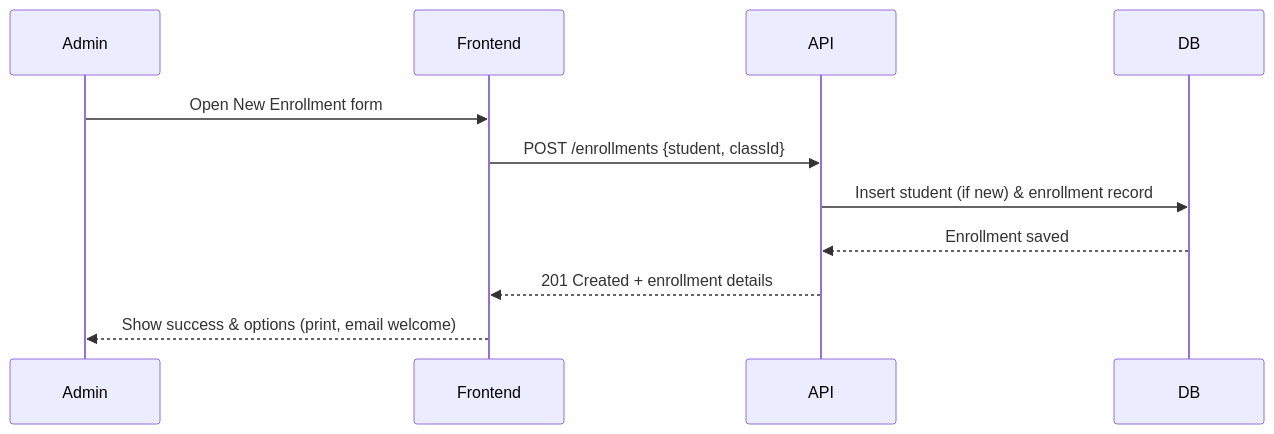
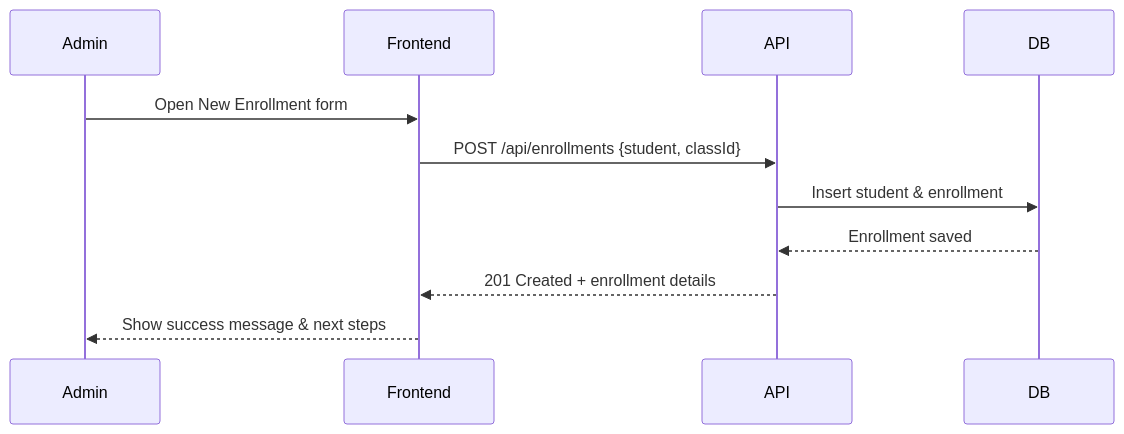
Before and after one commit to ashwanik0777/school-management: the third of 3 diagrams in README.md, drawn with Mermaid. The commit also changed other lines of this file, not shown here.

````diff
--- a/README.md
+++ b/README.md
@@ -212,13 +305,13 @@
 ```mermaid
 sequenceDiagram
   participant Admin
   participant Frontend
   participant API
   participant DB
   Admin->>Frontend: Open New Enrollment form
-  Frontend->>API: POST /enrollments {student, classId}
-  API->>DB: Insert student (if new) & enrollment record
+  Frontend->>API: POST /api/enrollments {student, classId}
+  API->>DB: Insert student & enrollment
   DB-->>API: Enrollment saved
   API-->>Frontend: 201 Created + enrollment details
-  Frontend-->>Admin: Show success & options (print, email welcome)
+  Frontend-->>Admin: Show success message & next steps
 ```
````
